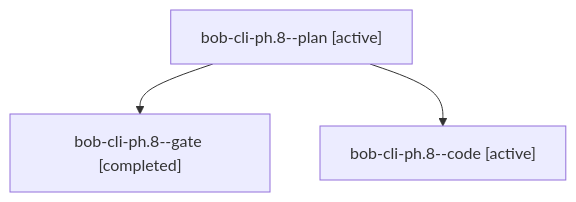
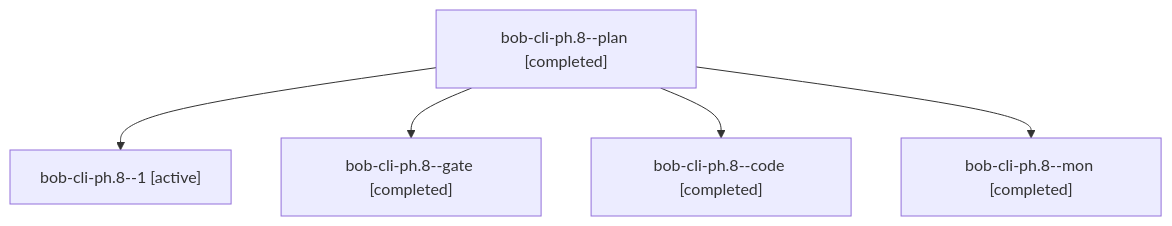
Before and after one commit to bobs-org/bob-cli--agents: the diagram in sessions/bbugyi200.apollo.bob-cli-ph.8.md, drawn with Mermaid. The commit also changed other lines of this file and 135 other files, not shown here.

````diff
--- a/sessions/bbugyi200.apollo.bob-cli-ph.8.md
+++ b/sessions/bbugyi200.apollo.bob-cli-ph.8.md
@@ -9,8 +9,12 @@
 ```mermaid
 flowchart TD
-  n0["bob-cli-ph.8--plan [active]"]
-  n1["bob-cli-ph.8--gate [completed]"]
+  n0["bob-cli-ph.8--plan [completed]"]
+  n1["bob-cli-ph.8--1 [active]"]
   n0 --> n1
-  n2["bob-cli-ph.8--code [active]"]
+  n2["bob-cli-ph.8--gate [completed]"]
   n0 --> n2
+  n3["bob-cli-ph.8--code [completed]"]
+  n0 --> n3
+  n4["bob-cli-ph.8--mon [completed]"]
+  n0 --> n4
 ```
````
